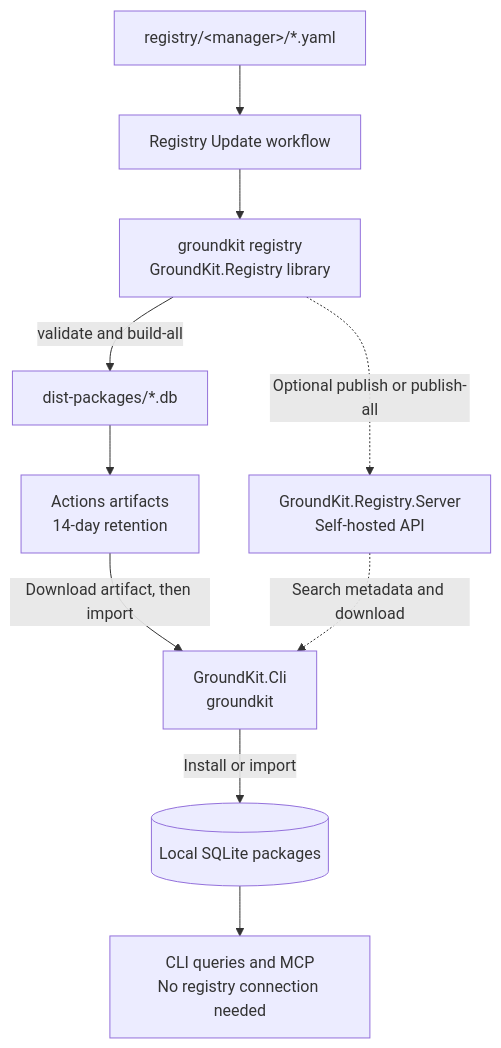
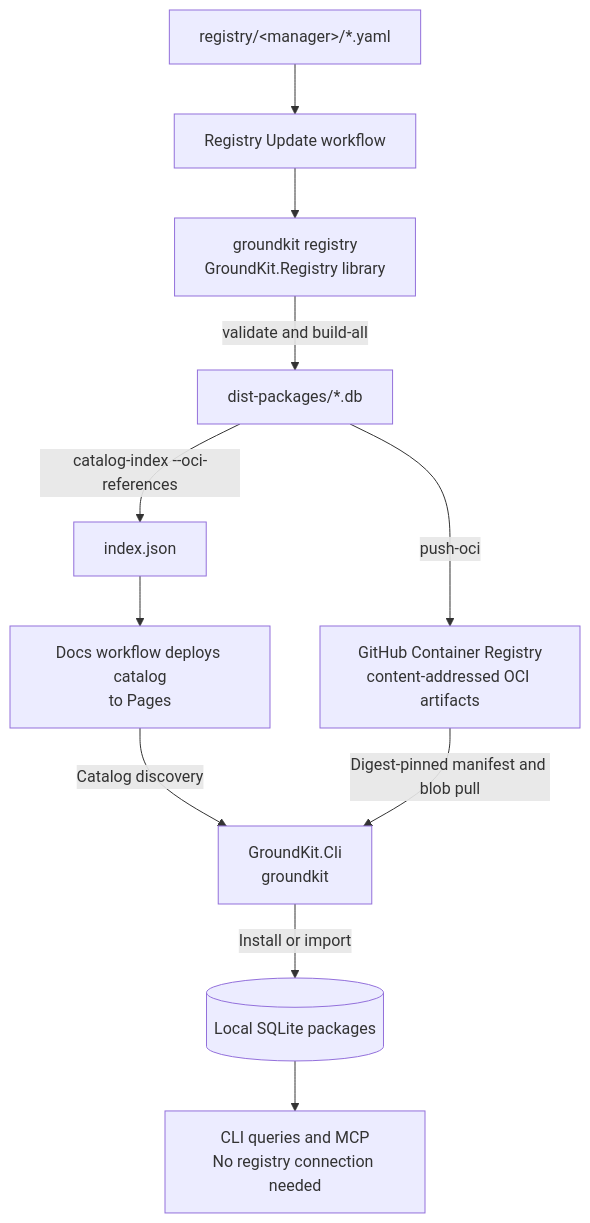
One commit to mehdihadeli/ContextKit changed the first of 2 diagrams in README.md. Above: the diagram before and after it, drawn with Mermaid. The commit also changed other lines of this file and 52 other files, not shown here.

````diff
--- a/README.md
+++ b/README.md
@@ -653,12 +653,13 @@
 ```mermaid
 flowchart TD
   definitions["registry/&lt;manager&gt;/*.yaml"] --> workflow["Registry Update workflow"]
   workflow --> tooling["groundkit registry<br/>GroundKit.Registry library"]
   tooling -->|validate and build-all| packages["dist-packages/*.db"]
-  packages --> artifacts["Actions artifacts<br/>14-day retention"]
-  artifacts -->|Download artifact, then import| cli["GroundKit.Cli<br/>groundkit"]
-  tooling -.->|Optional publish or publish-all| server["GroundKit.Registry.Server<br/>Self-hosted API"]
-  server -.->|Search metadata and download| cli
+  packages -->|push-oci| ghcr["GitHub Container Registry<br/>content-addressed OCI artifacts"]
+  packages -->|catalog-index --oci-references| catalog["index.json"]
+  catalog --> pages["Docs workflow deploys catalog<br/>to Pages"]
+  pages -->|Catalog discovery| cli["GroundKit.Cli<br/>groundkit"]
+  ghcr -->|Digest-pinned manifest and blob pull| cli
   cli -->|Install or import| local[("Local SQLite packages")]
   local --> queries["CLI queries and MCP<br/>No registry connection needed"]
 ```
````
